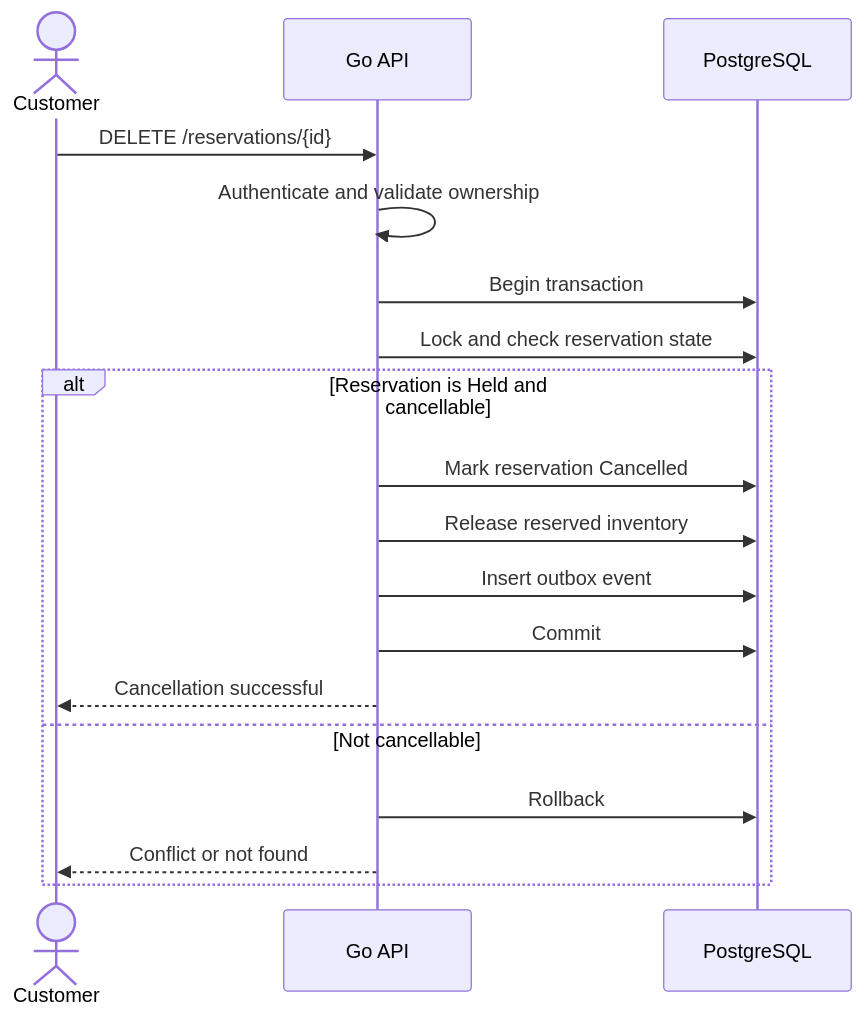
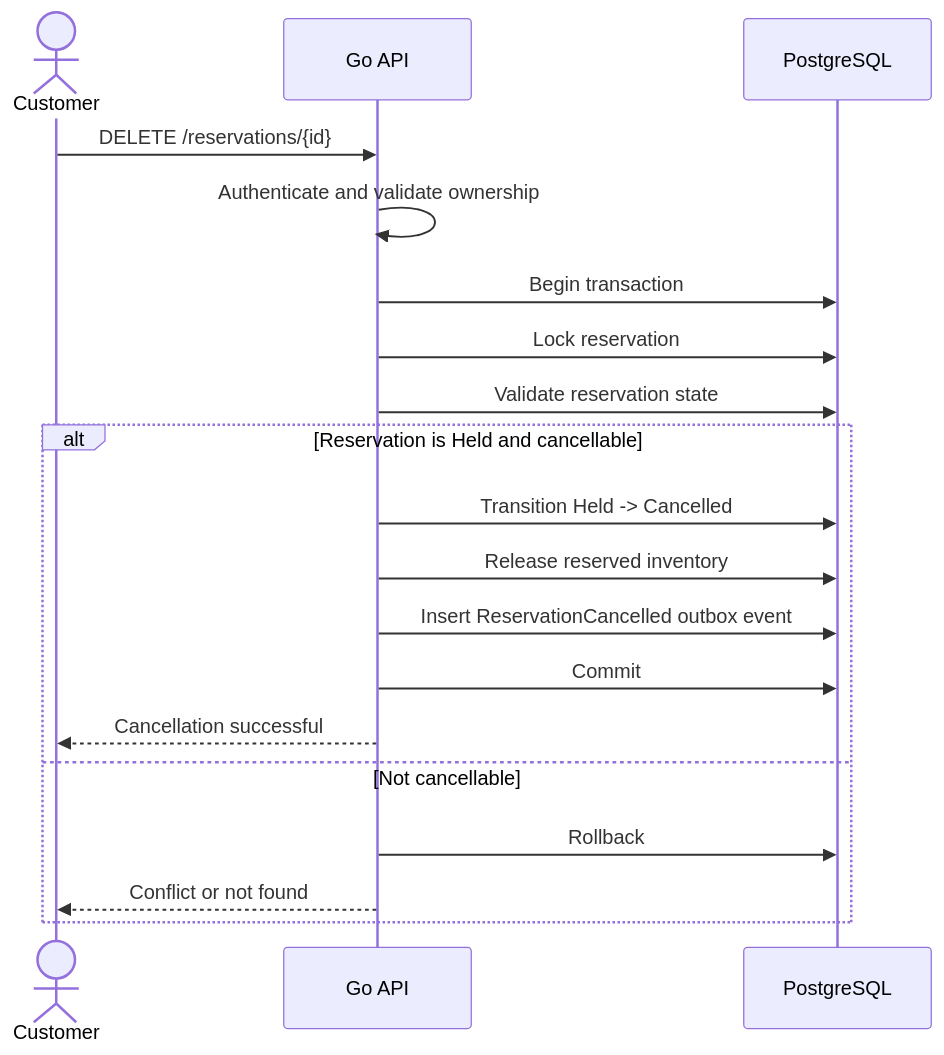
Before and after one commit to Punith1117/ticket-forge: the seventh of 9 diagrams in docs/sequence-diagrams.md, drawn with Mermaid. The commit also changed other lines of this file and 14 other files, not shown here.

````diff
--- a/docs/sequence-diagrams.md
+++ b/docs/sequence-diagrams.md
@@ -183,26 +343,27 @@
 ```mermaid
 sequenceDiagram
     actor C as Customer
     participant API as Go API
     participant DB as PostgreSQL
 
     C->>API: DELETE /reservations/{id}
 
     API->>API: Authenticate and validate ownership
 
     API->>DB: Begin transaction
-    API->>DB: Lock and check reservation state
+    API->>DB: Lock reservation
+    API->>DB: Validate reservation state
 
     alt Reservation is Held and cancellable
-        API->>DB: Mark reservation Cancelled
+        API->>DB: Transition Held -> Cancelled
         API->>DB: Release reserved inventory
-        API->>DB: Insert outbox event
+        API->>DB: Insert ReservationCancelled outbox event
         API->>DB: Commit
 
         API-->>C: Cancellation successful
 
     else Not cancellable
         API->>DB: Rollback
         API-->>C: Conflict or not found
     end
 ```
````
